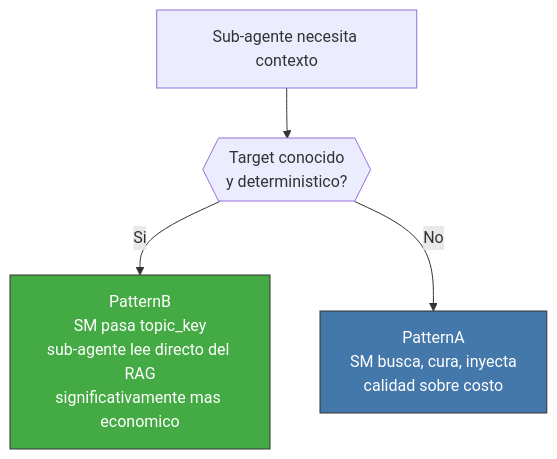
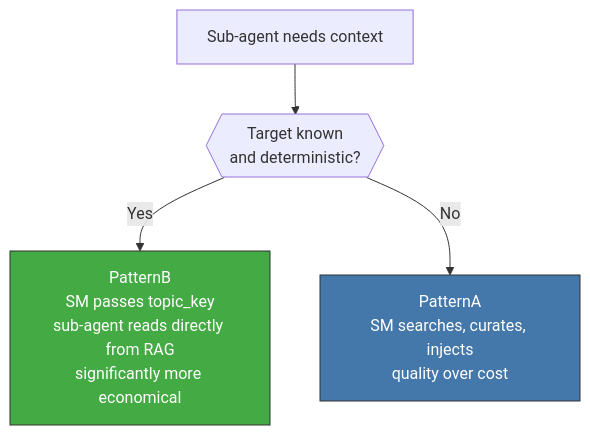
One commit to virgenherrera/virgil changed the first of 2 diagrams in principia/sections/28-context-flow.md. Above: the diagram before and after it, drawn with Mermaid. The commit also changed other lines of this file and 42 other files, not shown here.

````diff
--- a/principia/sections/28-context-flow.md
+++ b/principia/sections/28-context-flow.md
@@ -49,11 +49,11 @@
 ```mermaid
 flowchart TD
-    NEED["Sub-agente necesita contexto"]
-    NEED --> Q{{"Target conocido\ny deterministico?"}}
+    NEED["Sub-agent needs context"]
+    NEED --> Q{{"Target known\nand deterministic?"}}
 
-    Q -->|"Si"| PB["PatternB\nSM pasa topic_key\nsub-agente lee directo del RAG\nsignificativamente mas economico"]
-    Q -->|"No"| PA["PatternA\nSM busca, cura, inyecta\ncalidad sobre costo"]
+    Q -->|"Yes"| PB["PatternB\nSM passes topic_key\nsub-agent reads directly from RAG\nsignificantly more economical"]
+    Q -->|"No"| PA["PatternA\nSM searches, curates, injects\nquality over cost"]
 
     style PB fill:#4a4,stroke:#333,color:#fff
     style PA fill:#47a,stroke:#333,color:#fff
 ```
````
